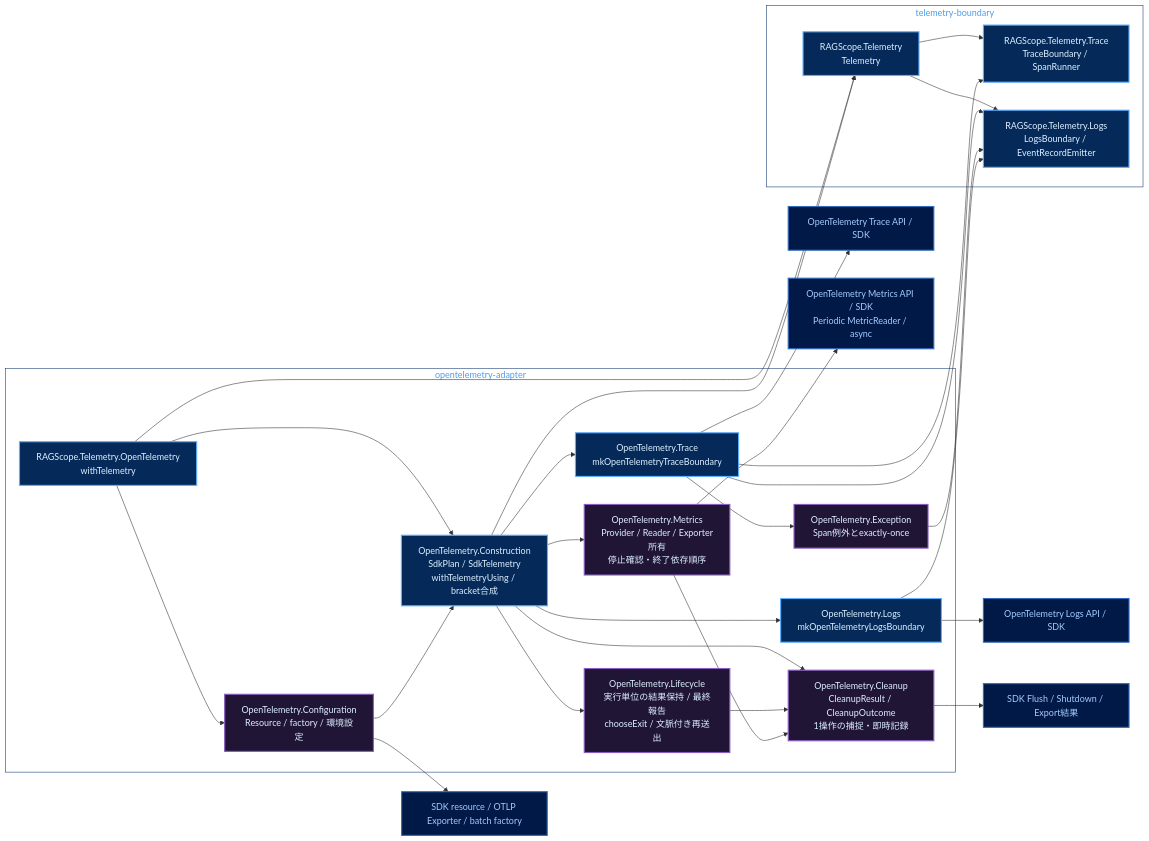
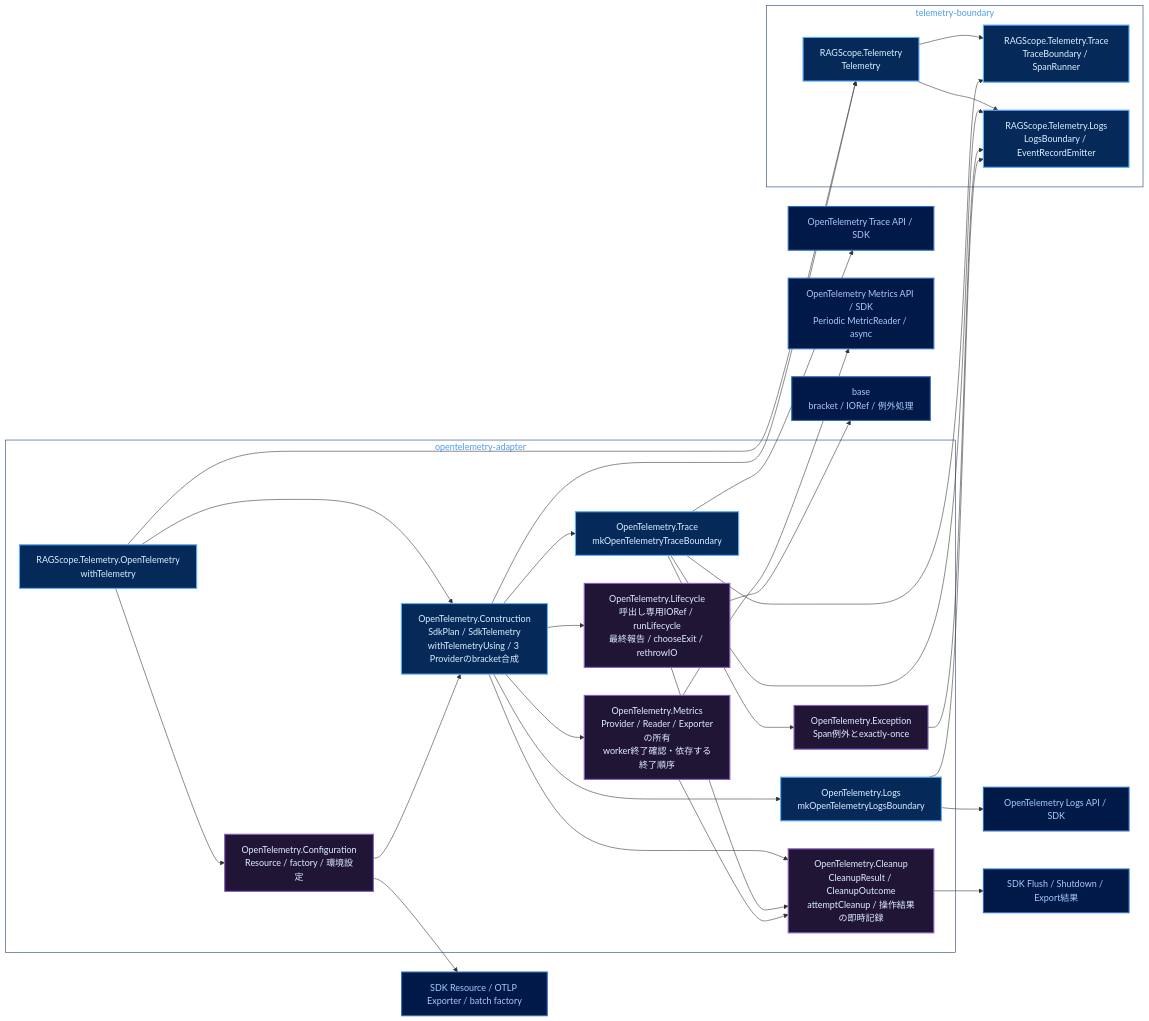
Before and after one commit to takashit16833/Workbench: the second of 4 diagrams in Notes/RAGScope/RAGScopeアプリケーション/RAGScopeアプリケーション Haskellライブラリ・モジュールマップ.md, drawn with Mermaid. The commit also changed other lines of this file, not shown here.

Commit message:
docs: align RS-0024 module map with separated SDK lifecycle plan

````diff
--- a/Notes/RAGScope/RAGScopeアプリケーション/RAGScopeアプリケーション Haskellライブラリ・モジュールマップ.md
+++ b/Notes/RAGScope/RAGScopeアプリケーション/RAGScopeアプリケーション Haskellライブラリ・モジュールマップ.md
@@ -50,56 +50,57 @@
 ```mermaid
 flowchart LR
   subgraph boundary["telemetry-boundary"]
     telemetry["RAGScope.Telemetry<br/>Telemetry"]
     traceBoundary["RAGScope.Telemetry.Trace<br/>TraceBoundary / SpanRunner"]
     logsBoundary["RAGScope.Telemetry.Logs<br/>LogsBoundary / EventRecordEmitter"]
   end
 
   subgraph adapter["opentelemetry-adapter"]
     otelRoot["RAGScope.Telemetry.OpenTelemetry<br/>withTelemetry"]
-    construction["OpenTelemetry.Construction<br/>SdkPlan / SdkTelemetry<br/>withTelemetryUsing / bracket合成"]
+    construction["OpenTelemetry.Construction<br/>SdkPlan / SdkTelemetry<br/>withTelemetryUsing / 3 Providerのbracket合成"]
     configuration["OpenTelemetry.Configuration<br/>Resource / factory / 環境設定"]
-    lifecycle["OpenTelemetry.Lifecycle<br/>実行単位の結果保持 / 最終報告<br/>chooseExit / 文脈付き再送出"]
-    cleanup["OpenTelemetry.Cleanup<br/>CleanupResult / CleanupOutcome<br/>1操作の捕捉・即時記録"]
-    metrics["OpenTelemetry.Metrics<br/>Provider / Reader / Exporter所有<br/>停止確認・終了依存順序"]
+    lifecycle["OpenTelemetry.Lifecycle<br/>呼出し専用IORef / runLifecycle<br/>最終報告 / chooseExit / rethrowIO"]
+    cleanup["OpenTelemetry.Cleanup<br/>CleanupResult / CleanupOutcome<br/>attemptCleanup / 操作結果の即時記録"]
+    metrics["OpenTelemetry.Metrics<br/>Provider / Reader / Exporterの所有<br/>worker終了確認・依存する終了順序"]
     otelTrace["OpenTelemetry.Trace<br/>mkOpenTelemetryTraceBoundary"]
     otelLogs["OpenTelemetry.Logs<br/>mkOpenTelemetryLogsBoundary"]
     otelException["OpenTelemetry.Exception<br/>Span例外とexactly-once"]
   end
 
   telemetry --> traceBoundary
   telemetry --> logsBoundary
   otelRoot --> configuration
   otelRoot --> construction
   otelRoot --> telemetry
   configuration --> construction
   construction --> lifecycle
   construction --> cleanup
   construction --> metrics
   construction --> otelTrace
   construction --> otelLogs
   construction --> telemetry
   lifecycle --> cleanup
   metrics --> cleanup
   otelTrace --> traceBoundary
   otelTrace --> logsBoundary
   otelTrace --> otelException
   otelException --> logsBoundary
   otelLogs --> logsBoundary
 
   otelTrace --> sdkTrace["OpenTelemetry Trace API / SDK"]
   otelLogs --> sdkLogs["OpenTelemetry Logs API / SDK"]
   metrics --> sdkMetric["OpenTelemetry Metrics API / SDK<br/>Periodic MetricReader / async"]
-  configuration --> sdkConfig["SDK resource / OTLP Exporter / batch factory"]
+  configuration --> sdkConfig["SDK Resource / OTLP Exporter / batch factory"]
   cleanup --> sdkResult["SDK Flush / Shutdown / Export結果"]
+  lifecycle --> baseException["base<br/>bracket / IORef / 例外処理"]
 
   classDef public fill:#052A59,stroke:#5EAFFF,color:#DDF0FF,stroke-width:2px
   classDef private fill:#211536,stroke:#8A5EC0,color:#DDF0FF,stroke-width:2px
   classDef external fill:#001947,stroke:#316CBD,color:#A6CAFF,stroke-width:2px
 
   class telemetry,traceBoundary,logsBoundary,otelRoot,construction,otelTrace,otelLogs public
   class configuration,lifecycle,cleanup,metrics,otelException private
-  class sdkTrace,sdkLogs,sdkMetric,sdkConfig,sdkResult external
+  class sdkTrace,sdkLogs,sdkMetric,sdkConfig,sdkResult,baseException external
   style boundary fill:transparent,stroke:#153A75,color:#4C9EEB
   style adapter fill:transparent,stroke:#153A75,color:#4C9EEB
 ```
````
